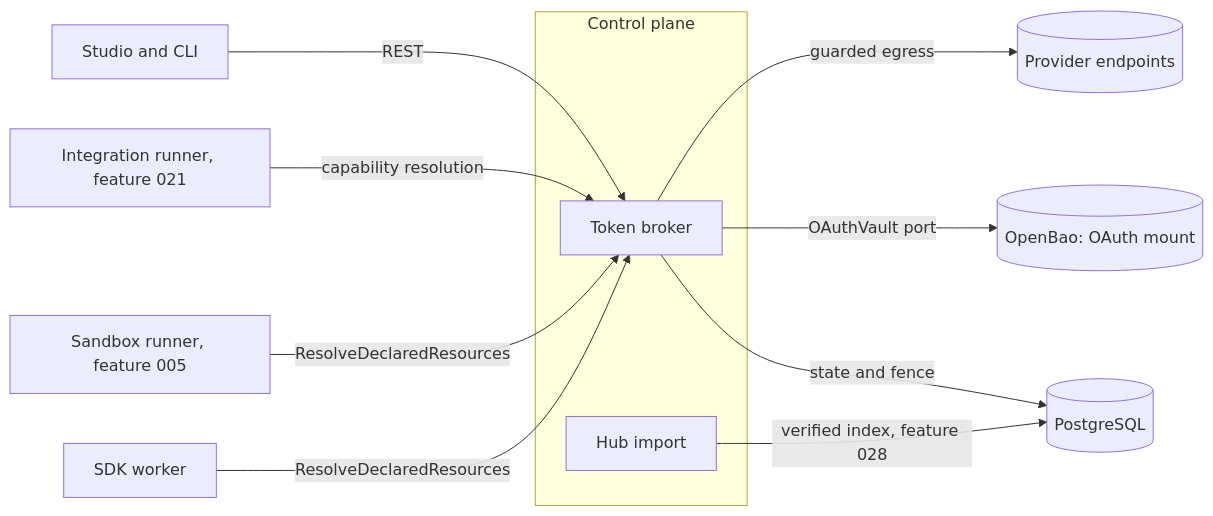
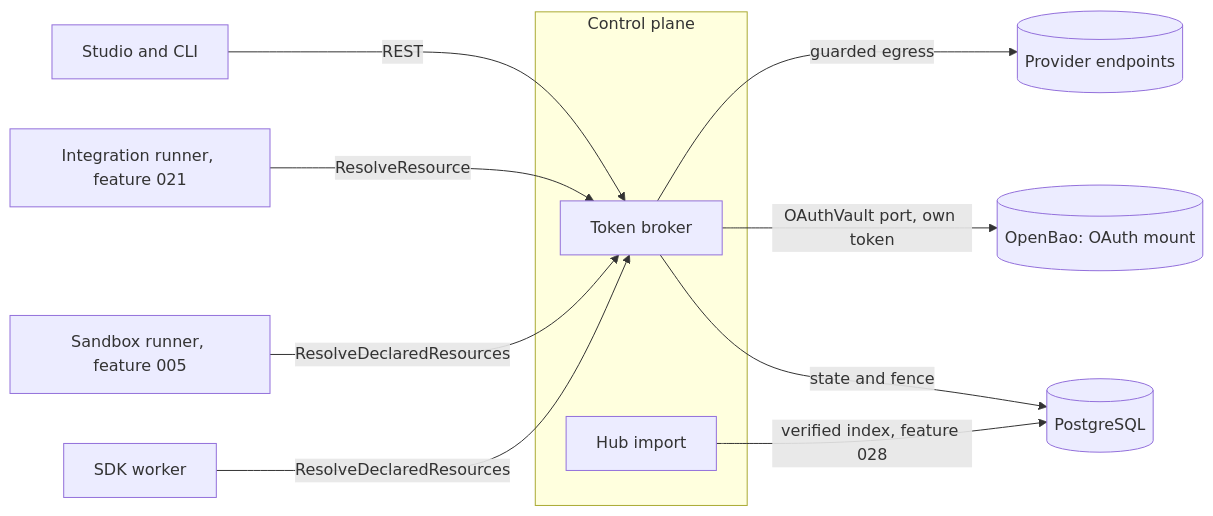
One commit to ortisun/sagat-octopus-orchestrator changed the first of 2 diagrams in docs/designs/047-oauth-integration-hub.md. Above: the diagram before and after it, drawn with Mermaid. The commit also changed other lines of this file and 34 other files, not shown here.

````diff
--- a/docs/designs/047-oauth-integration-hub.md
+++ b/docs/designs/047-oauth-integration-hub.md
@@ -366,15 +377,15 @@
 ```mermaid
 flowchart LR
     S[Studio and CLI] -->|REST| B
     subgraph ControlPlane[Control plane]
       B[Token broker]
       H[Hub import]
     end
     B -->|guarded egress| P[(Provider endpoints)]
-    B -->|OAuthVault port| V[(OpenBao: OAuth mount)]
+    B -->|OAuthVault port, own token| V[(OpenBao: OAuth mount)]
     B -->|state and fence| PG[(PostgreSQL)]
-    IR[Integration runner, feature 021] -->|capability resolution| B
+    IR[Integration runner, feature 021] -->|ResolveResource| B
     SR[Sandbox runner, feature 005] -->|ResolveDeclaredResources| B
     W[SDK worker] -->|ResolveDeclaredResources| B
     H -->|verified index, feature 028| PG
 ```
````
